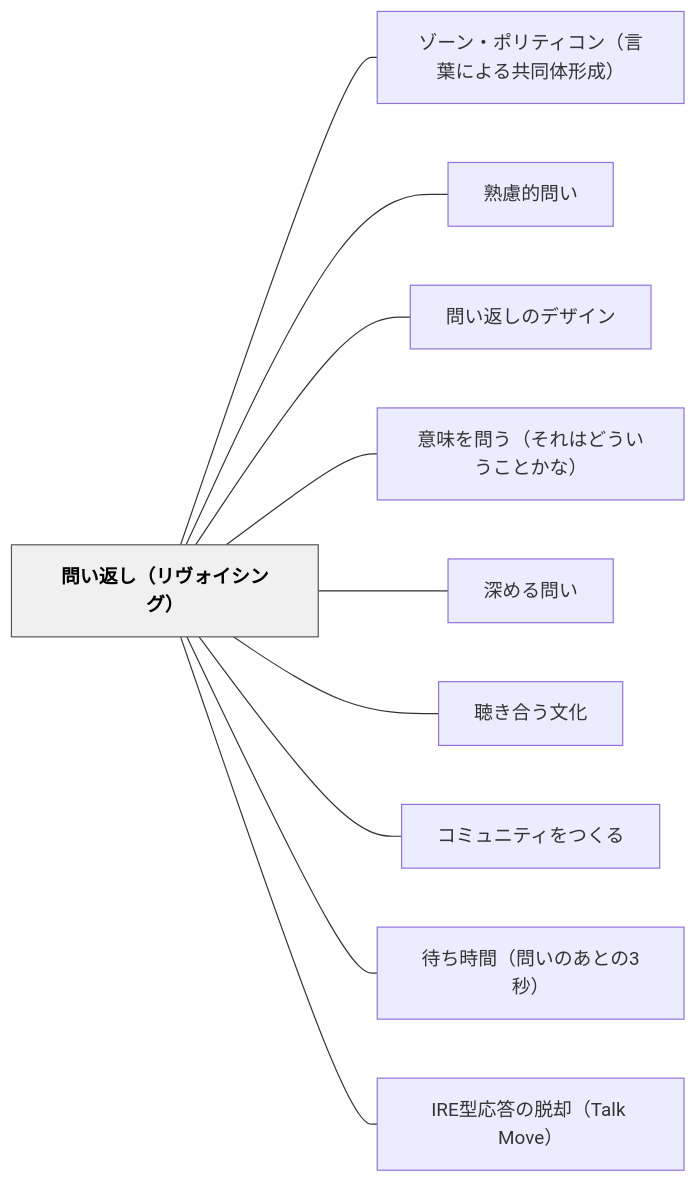
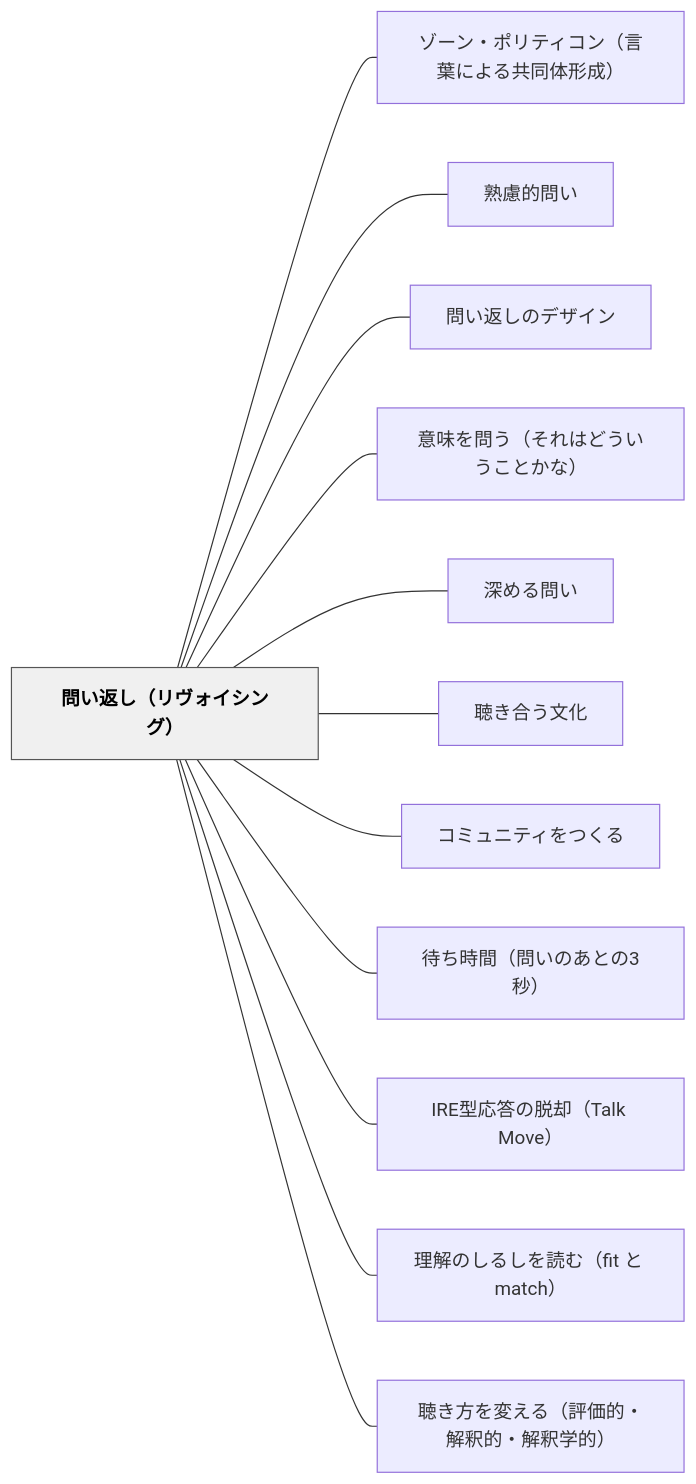
One commit to unknownthings-ed-patterns/unknownthings-ed-patterns changed the diagram in content/パタン/問い返し（リヴォイシング）.md. Above: the diagram before and after it, drawn with Mermaid. The commit also changed other lines of this file and 26 other files, not shown here.

````diff
--- a/content/パタン/問い返し（リヴォイシング）.md
+++ b/content/パタン/問い返し（リヴォイシング）.md
@@ -73,26 +75,30 @@
 ```mermaid
 flowchart LR
     ne5958fe38184e8bf94e38197efbc88e383aae383b4e382a9e382a4e382b7e383b3e382b0efbc89["問い返し（リヴォイシング）"]
     ne382bee383bce383b3e383bbe3839de383aae38386e382a3e382b3e383b3efbc88e8a880e89189e381abe38288e3828be585b1e5908ce4bd93e5bda2e68890efbc89["ゾーン・ポリティコン（言葉による共同体形成）"]
     ne7869fe685aee79a84e5958fe38184["熟慮的問い"]
     ne5958fe38184e8bf94e38197e381aee38387e382b6e382a4e383b3["問い返しのデザイン"]
     ne6848fe591b3e38292e5958fe38186efbc88e3819de3828ce381afe381a9e38186e38184e38186e38193e381a8e3818be381aaefbc89["意味を問う（それはどういうことかな）"]
     ne6b7b1e38281e3828be5958fe38184["深める問い"]
     ne881b4e3818de59088e38186e69687e58c96["聴き合う文化"]
     ne382b3e3839fe383a5e3838be38386e382a3e38292e381a4e3818fe3828b["コミュニティをつくる"]
     ne5be85e381a1e69982e99693efbc88e5958fe38184e381aee38182e381a8e381ae33e7a792efbc89["待ち時間（問いのあとの3秒）"]
     n495245e59e8be5bf9ce7ad94e381aee884b1e58db4efbc8854616c6b204d6f7665efbc89["IRE型応答の脱却（Talk Move）"]
+    ne79086e8a7a3e381aee38197e3828be38197e38292e8aaade38280efbc8866697420e381a8206d61746368efbc89["理解のしるしを読む（fit と match）"]
+    ne881b4e3818de696b9e38292e5a489e38188e3828befbc88e8a995e4bea1e79a84e383bbe8a7a3e98788e79a84e383bbe8a7a3e98788e5ada6e79a84efbc89["聴き方を変える（評価的・解釈的・解釈学的）"]
 
     ne5958fe38184e8bf94e38197efbc88e383aae383b4e382a9e382a4e382b7e383b3e382b0efbc89 --- ne382bee383bce383b3e383bbe3839de383aae38386e382a3e382b3e383b3efbc88e8a880e89189e381abe38288e3828be585b1e5908ce4bd93e5bda2e68890efbc89
     ne5958fe38184e8bf94e38197efbc88e383aae383b4e382a9e382a4e382b7e383b3e382b0efbc89 --- ne7869fe685aee79a84e5958fe38184
     ne5958fe38184e8bf94e38197efbc88e383aae383b4e382a9e382a4e382b7e383b3e382b0efbc89 --- ne5958fe38184e8bf94e38197e381aee38387e382b6e382a4e383b3
     ne5958fe38184e8bf94e38197efbc88e383aae383b4e382a9e382a4e382b7e383b3e382b0efbc89 --- ne6848fe591b3e38292e5958fe38186efbc88e3819de3828ce381afe381a9e38186e38184e38186e38193e381a8e3818be381aaefbc89
     ne5958fe38184e8bf94e38197efbc88e383aae383b4e382a9e382a4e382b7e383b3e382b0efbc89 --- ne6b7b1e38281e3828be5958fe38184
     ne5958fe38184e8bf94e38197efbc88e383aae383b4e382a9e382a4e382b7e383b3e382b0efbc89 --- ne881b4e3818de59088e38186e69687e58c96
     ne5958fe38184e8bf94e38197efbc88e383aae383b4e382a9e382a4e382b7e383b3e382b0efbc89 --- ne382b3e3839fe383a5e3838be38386e382a3e38292e381a4e3818fe3828b
     ne5958fe38184e8bf94e38197efbc88e383aae383b4e382a9e382a4e382b7e383b3e382b0efbc89 --- ne5be85e381a1e69982e99693efbc88e5958fe38184e381aee38182e381a8e381ae33e7a792efbc89
     ne5958fe38184e8bf94e38197efbc88e383aae383b4e382a9e382a4e382b7e383b3e382b0efbc89 --- n495245e59e8be5bf9ce7ad94e381aee884b1e58db4efbc8854616c6b204d6f7665efbc89
+    ne5958fe38184e8bf94e38197efbc88e383aae383b4e382a9e382a4e382b7e383b3e382b0efbc89 --- ne79086e8a7a3e381aee38197e3828be38197e38292e8aaade38280efbc8866697420e381a8206d61746368efbc89
+    ne5958fe38184e8bf94e38197efbc88e383aae383b4e382a9e382a4e382b7e383b3e382b0efbc89 --- ne881b4e3818de696b9e38292e5a489e38188e3828befbc88e8a995e4bea1e79a84e383bbe8a7a3e98788e79a84e383bbe8a7a3e98788e5ada6e79a84efbc89
 
     classDef hub fill:#f0f0f0,stroke:#555,color:#000,font-weight:bold
     class ne5958fe38184e8bf94e38197efbc88e383aae383b4e382a9e382a4e382b7e383b3e382b0efbc89 hub
 ```
````
